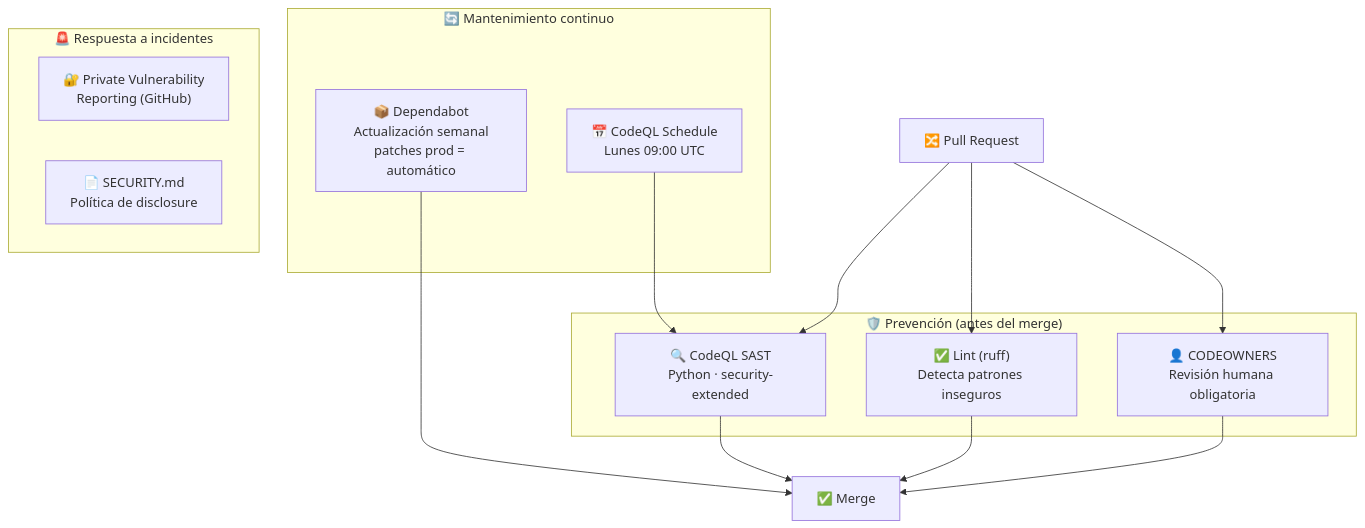
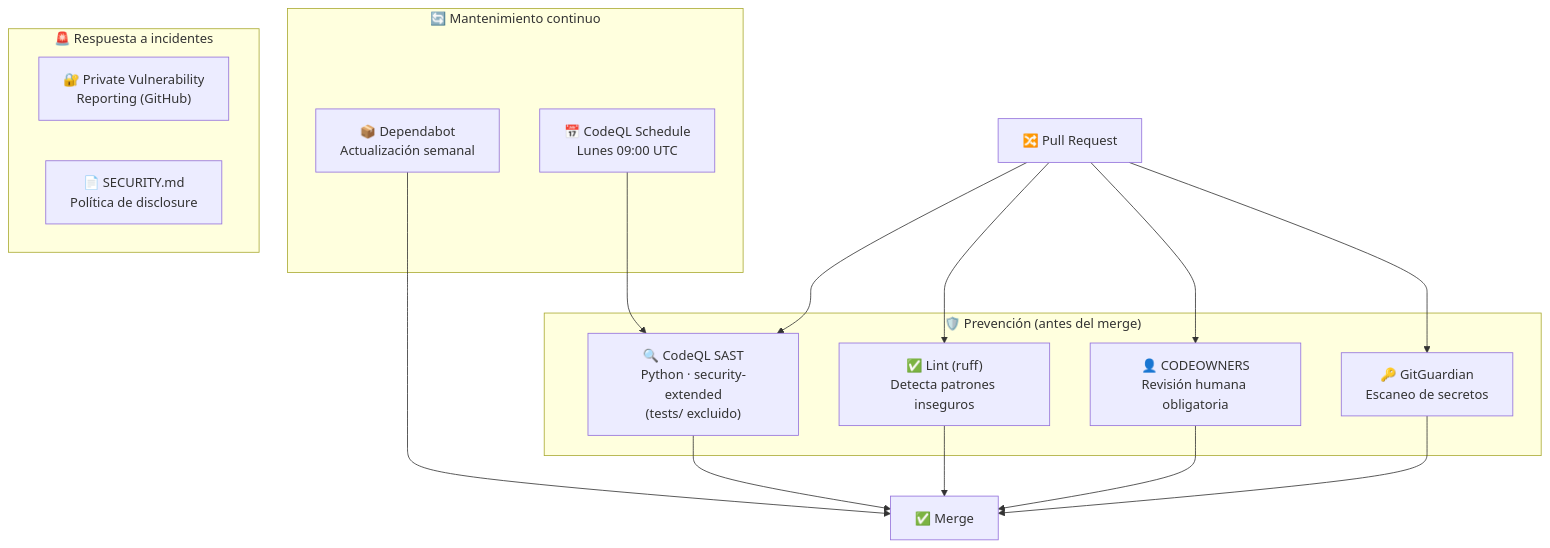
Before and after one commit to Ka0s-Klaus/klaus-proxy-local: the diagram in docs/security.md, drawn with Mermaid. The commit also changed other lines of this file and 25 other files, not shown here.

````diff
--- a/docs/security.md
+++ b/docs/security.md
@@ -26,25 +26,27 @@
 ```mermaid
 flowchart TD
     subgraph Prevención["🛡️ Prevención (antes del merge)"]
-        CQL["🔍 CodeQL SAST\nPython · security-extended"]
+        CQL["🔍 CodeQL SAST\nPython · security-extended\n(tests/ excluido)"]
         LINT["✅ Lint (ruff)\nDetecta patrones inseguros"]
         COWN["👤 CODEOWNERS\nRevisión humana obligatoria"]
+        GG["🔑 GitGuardian\nEscaneo de secretos"]
     end
 
     subgraph Mantenimiento["🔄 Mantenimiento continuo"]
-        DEP["📦 Dependabot\nActualización semanal\npatches prod = automático"]
+        DEP["📦 Dependabot\nActualización semanal"]
         SCH["📅 CodeQL Schedule\nLunes 09:00 UTC"]
     end
 
     subgraph Respuesta["🚨 Respuesta a incidentes"]
         PRIV["🔐 Private Vulnerability\nReporting (GitHub)"]
         SEC["📄 SECURITY.md\nPolítica de disclosure"]
     end
 
-    PR[🔀 Pull Request] --> CQL & LINT & COWN
+    PR[🔀 Pull Request] --> CQL & LINT & COWN & GG
     CQL --> MERGE[✅ Merge]
     LINT --> MERGE
     COWN --> MERGE
+    GG --> MERGE
     DEP --> MERGE
     SCH --> CQL
 ```
````
